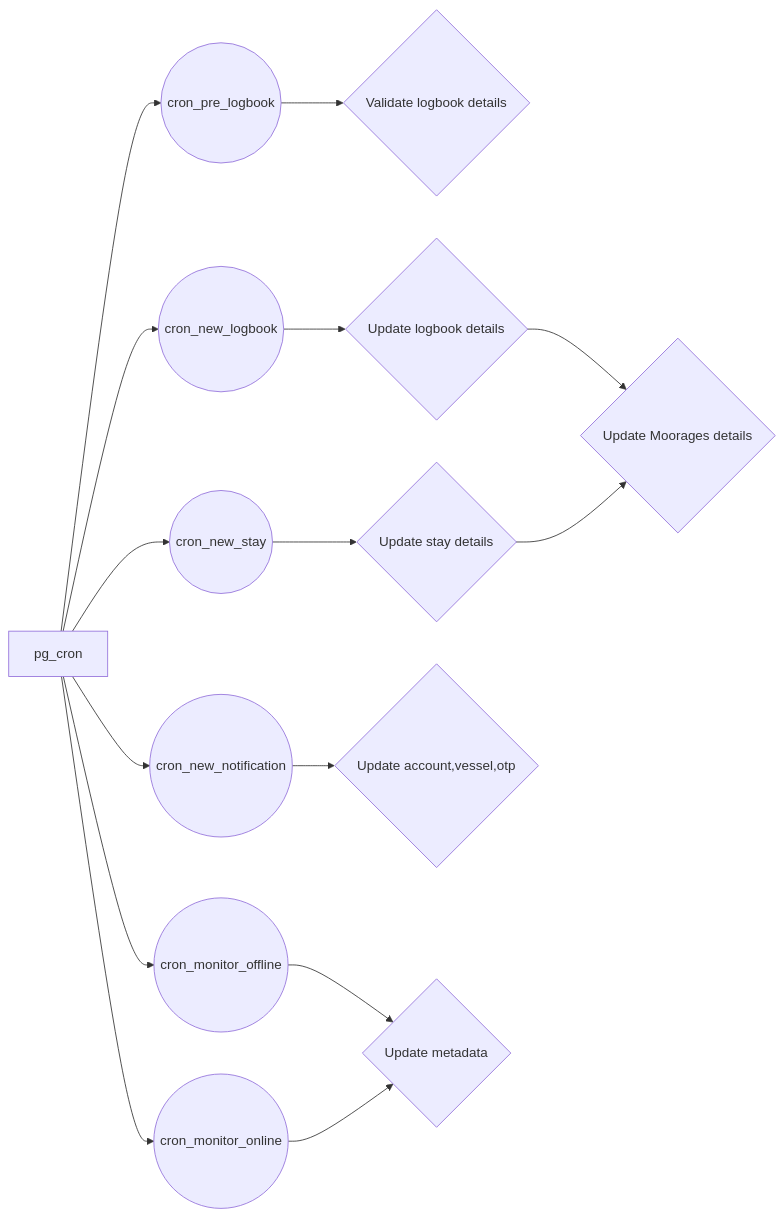
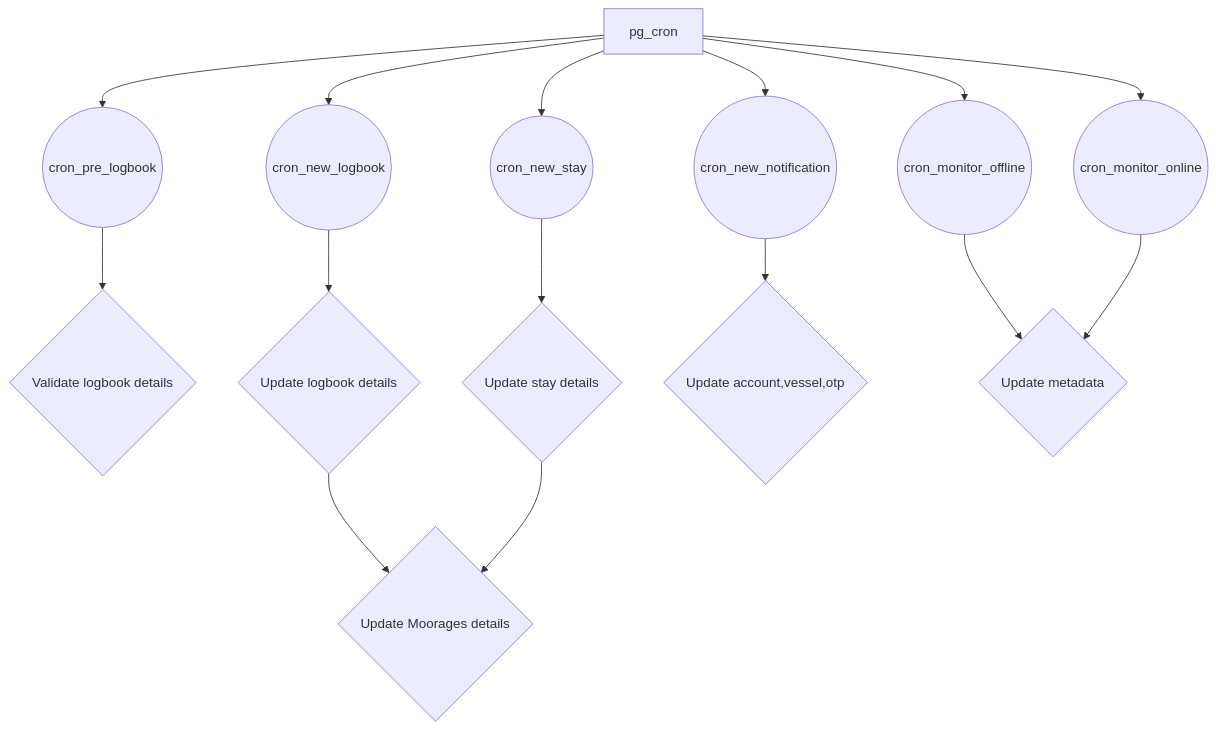
The second of 2 diagrams in docs/ERD/README.md (xbgmsharp/postgsail), drawn with Mermaid before and after one commit. The commit also changed other lines of this file and 2 other files, not shown here.

````diff
--- a/docs/ERD/README.md
+++ b/docs/ERD/README.md
@@ -59,17 +59,17 @@
 ```mermaid
-graph LR
+flowchart TD
     A[pg_cron] --> B((cron_new_notification))
     A --> C((cron_pre_logbook))
     A --> D((cron_new_logbook))
     A --> E((cron_new_stay))
     A --> F((cron_monitor_offline))
     A --> G((cron_monitor_online))
     C --> K{Validate logbook details}
     D --> L{Update logbook details}
     E --> M{Update stay details}
     L --> N{Update Moorages details}
     M --> N{Update Moorages details}
     B --> O{Update account,vessel,otp}
     F --> P{Update metadata}
     G --> P
 ```
````
